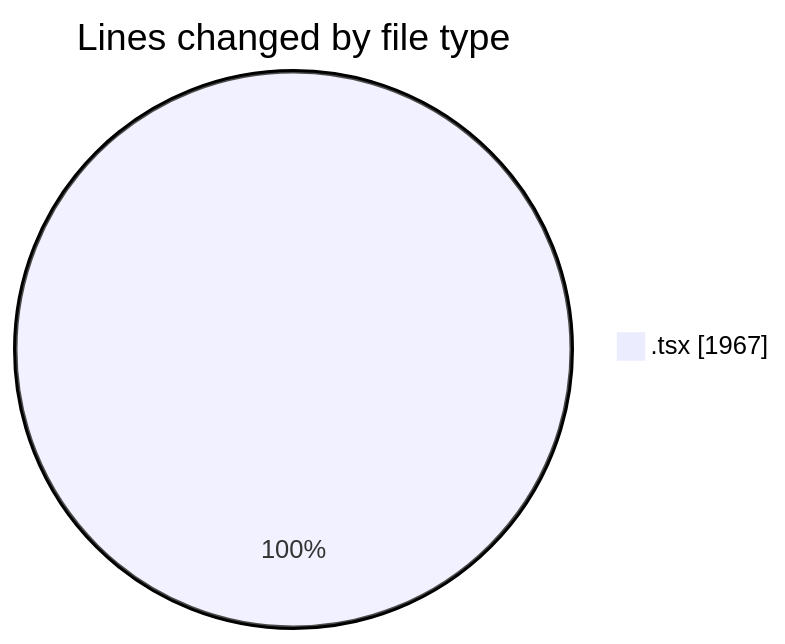
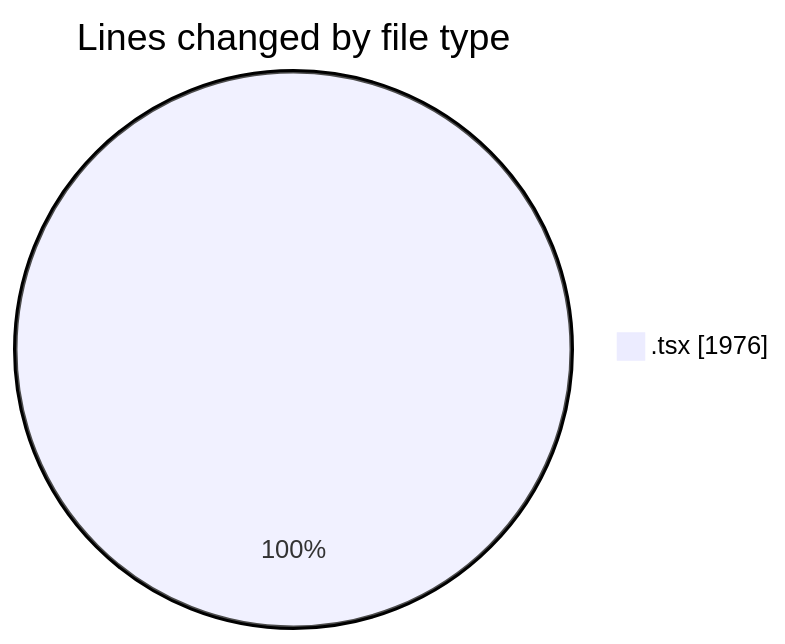
One commit to nxtqubesakshisongat/code-tracking changed the first of 2 diagrams in 2026-04-05/nxtqube_webapp/README.md. Above: the diagram before and after it, drawn with Mermaid. The commit also changed other lines of this file and 1 other file, not shown here.

````diff
--- a/2026-04-05/nxtqube_webapp/README.md
+++ b/2026-04-05/nxtqube_webapp/README.md
@@ -22,5 +22,5 @@
 ```mermaid
 pie showData
 title Lines changed by file type
-".tsx" : 1967
+".tsx" : 1976
 ```
````
